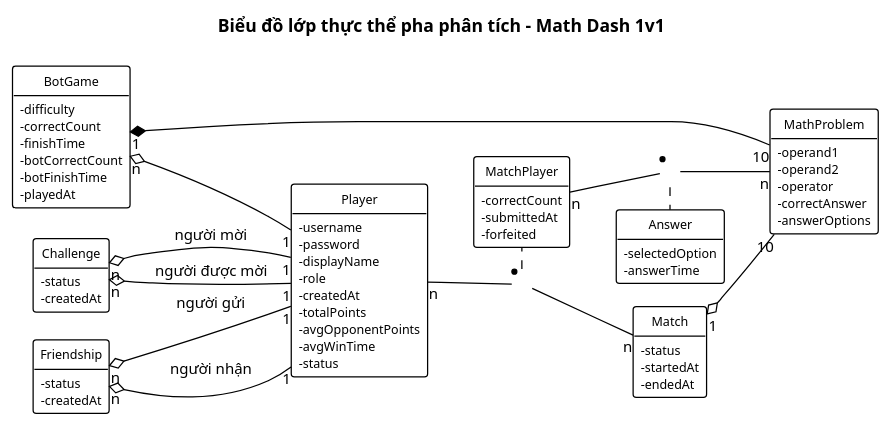
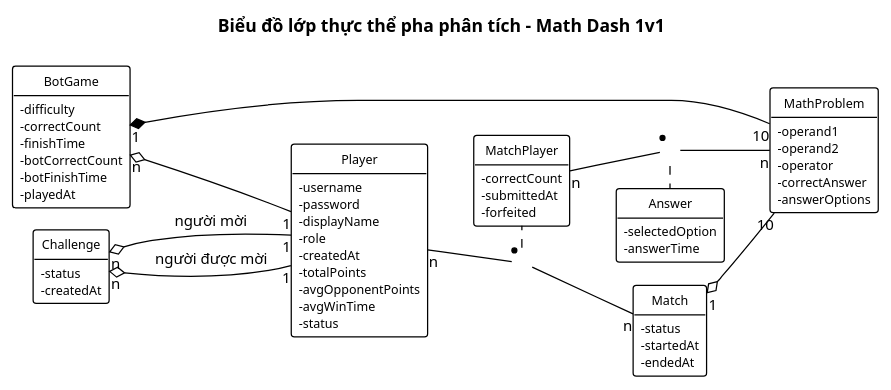
Before and after one commit to HungNguyenBa1811/math-dash: the diagram in docs/chung/lop-thuc-the-phan-tich.puml, drawn with PlantUML. The commit also changed 27 other files, not shown here.

```diff
--- a/docs/chung/lop-thuc-the-phan-tich.puml
+++ b/docs/chung/lop-thuc-the-phan-tich.puml
@@ -1,83 +1,77 @@
 @startuml lop-thuc-the-phan-tich
 !pragma layout smetana
 ' === VP Base Theme v2 ===
 skinparam defaultFontName "Segoe UI"
 skinparam defaultFontSize 12
 skinparam shadowing false
 skinparam arrowColor #000000
 skinparam lineColor #000000
 hide circle
 hide empty members
 skinparam classAttributeIconSize 0
 skinparam class {
   BackgroundColor #FFFFFF
   BorderColor #000000
   FontColor #000000
   FontSize 11
   AttributeFontSize 10
   BorderThickness 1
 }
 left to right direction
 title Biểu đồ lớp thực thể pha phân tích – Math Dash 1v1
 
 class Player {
   - username
   - password
   - displayName
   - role
   - createdAt
   - totalPoints
   - avgOpponentPoints
   - avgWinTime
   - status
 }
 class MathProblem {
   - operand1
   - operand2
   - operator
   - correctAnswer
   - answerOptions
 }
 class Challenge {
   - status
   - createdAt
 }
 class Match {
   - status
   - startedAt
   - endedAt
 }
 class MatchPlayer {
   - correctCount
   - submittedAt
   - forfeited
 }
 class Answer {
   - selectedOption
   - answerTime
 }
 class BotGame {
   - difficulty
   - correctCount
   - finishTime
   - botCorrectCount
   - botFinishTime
   - playedAt
 }
-class Friendship {
-  - status
-  - createdAt
-}
 
 Challenge "n" o-- "1" Player : người mời
 Challenge "n" o-- "1" Player : người được mời
 Player "n" -- "n" Match
 (Player, Match) .. MatchPlayer
 Match "1" o-- "10" MathProblem
 MatchPlayer "n" -- "n" MathProblem
 (MatchPlayer, MathProblem) .. Answer
 BotGame "n" o-- "1" Player
 BotGame "1" *-- "10" MathProblem
-Friendship "n" o-- "1" Player : người gửi
-Friendship "n" o-- "1" Player : người nhận
 @enduml
```
